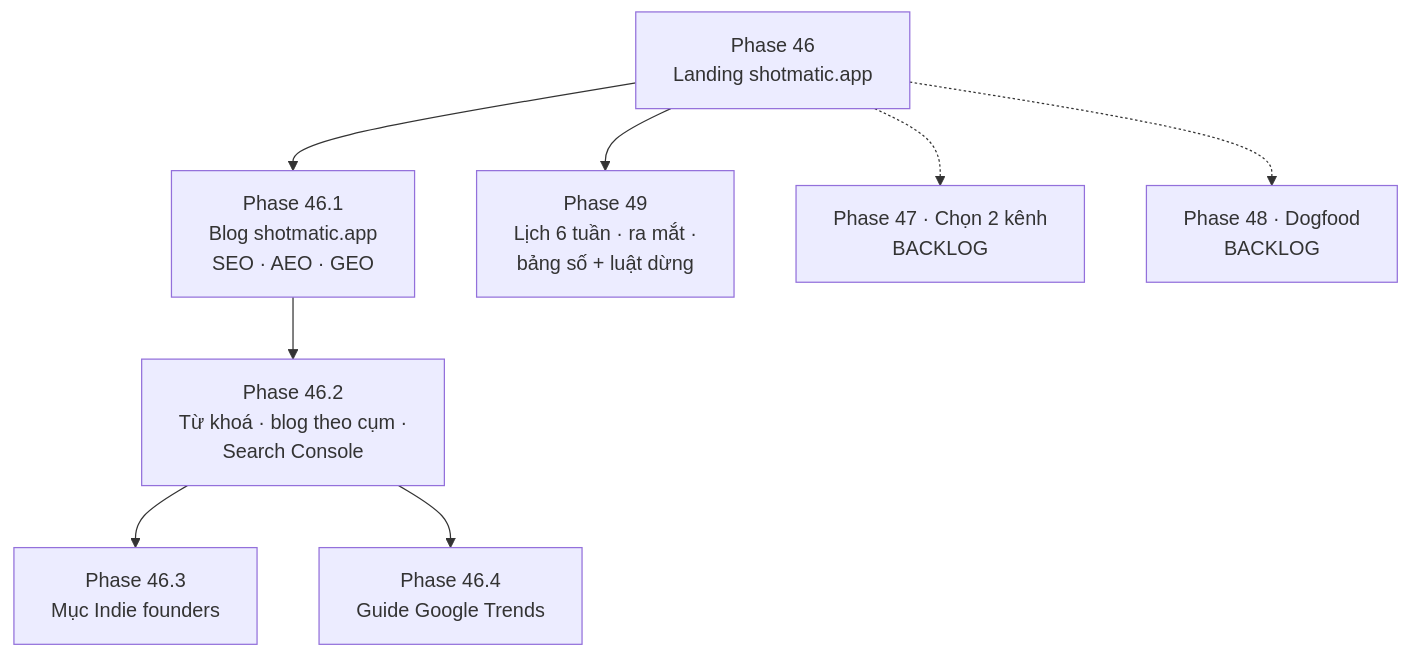
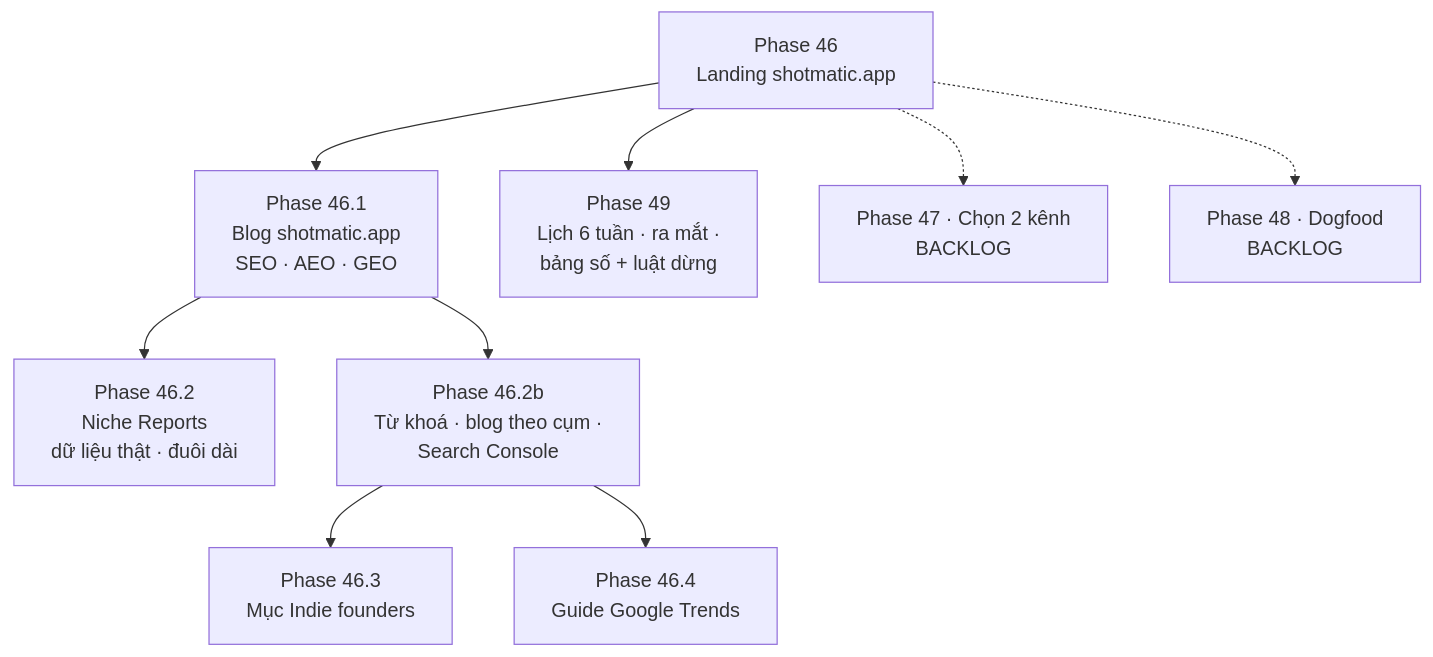
One commit to nvminhtu/niche-radar-docs changed the diagram in docs/web/version-11.md. Above: the diagram before and after it, drawn with Mermaid. The commit also changed other lines of this file and 79 other files, not shown here.

````diff
--- a/docs/web/version-11.md
+++ b/docs/web/version-11.md
@@ -21,10 +21,11 @@
 ```mermaid
 flowchart TB
   P[Phase 46<br/>Landing shotmatic.app] --> BL[Phase 46.1<br/>Blog shotmatic.app<br/>SEO · AEO · GEO]
-  BL --> K[Phase 46.2<br/>Từ khoá · blog theo cụm ·<br/>Search Console]
+  BL --> NR[Phase 46.2<br/>Niche Reports<br/>dữ liệu thật · đuôi dài]
+  BL --> K[Phase 46.2b<br/>Từ khoá · blog theo cụm ·<br/>Search Console]
   K --> F[Phase 46.3<br/>Mục Indie founders]
   K --> T[Phase 46.4<br/>Guide Google Trends]
   P --> S[Phase 49<br/>Lịch 6 tuần · ra mắt ·<br/>bảng số + luật dừng]
   P -.-> C[Phase 47 · Chọn 2 kênh<br/>BACKLOG]
   P -.-> D[Phase 48 · Dogfood<br/>BACKLOG]
 ```
````
